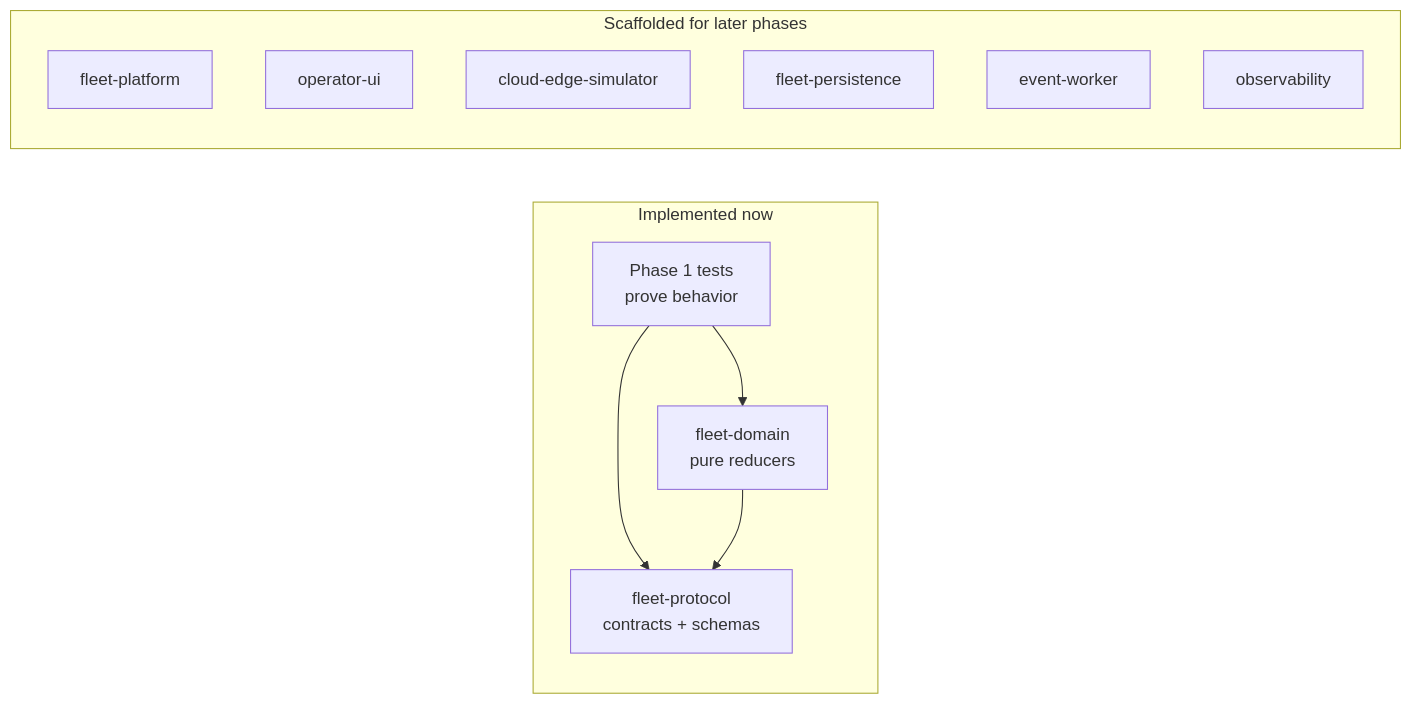
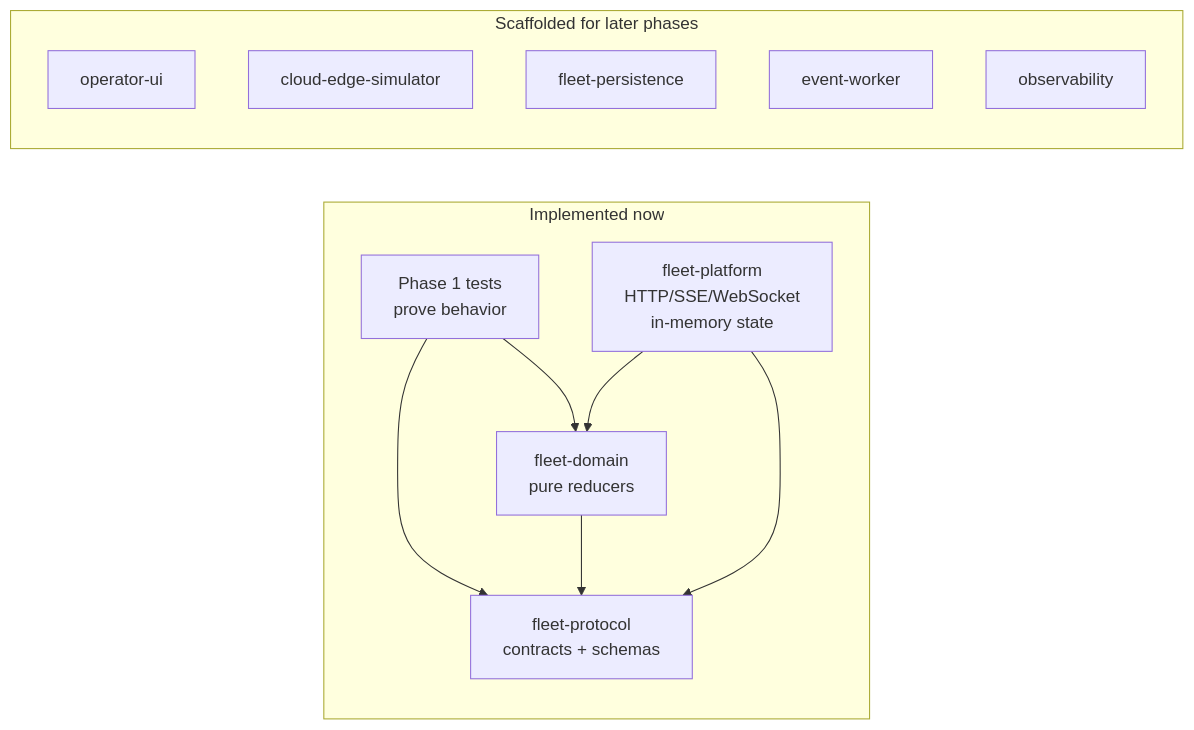
One commit to reinhard-z/RoboOps-Control-Plane changed the first of 4 diagrams in docs/architecture/current-architecture.md. Above: the diagram before and after it, drawn with Mermaid. The commit also changed other lines of this file and 16 other files, not shown here.

Commit message:
Implement fleet platform API and edge gateway

````diff
--- a/docs/architecture/current-architecture.md
+++ b/docs/architecture/current-architecture.md
@@ -16,20 +20,22 @@
 ```mermaid
 flowchart LR
   subgraph Implemented["Implemented now"]
     Tests["Phase 1 tests<br/>prove behavior"]
     Domain["fleet-domain<br/>pure reducers"]
     Protocol["fleet-protocol<br/>contracts + schemas"]
+    Api["fleet-platform<br/>HTTP/SSE/WebSocket<br/>in-memory state"]
     Tests --> Domain
     Tests --> Protocol
     Domain --> Protocol
+    Api --> Domain
+    Api --> Protocol
   end
 
   subgraph Placeholders["Scaffolded for later phases"]
-    Platform["fleet-platform"]
     UI["operator-ui"]
     Simulator["cloud-edge-simulator"]
     Persistence["fleet-persistence"]
     Worker["event-worker"]
     Observability["observability"]
   end
 ```
````
